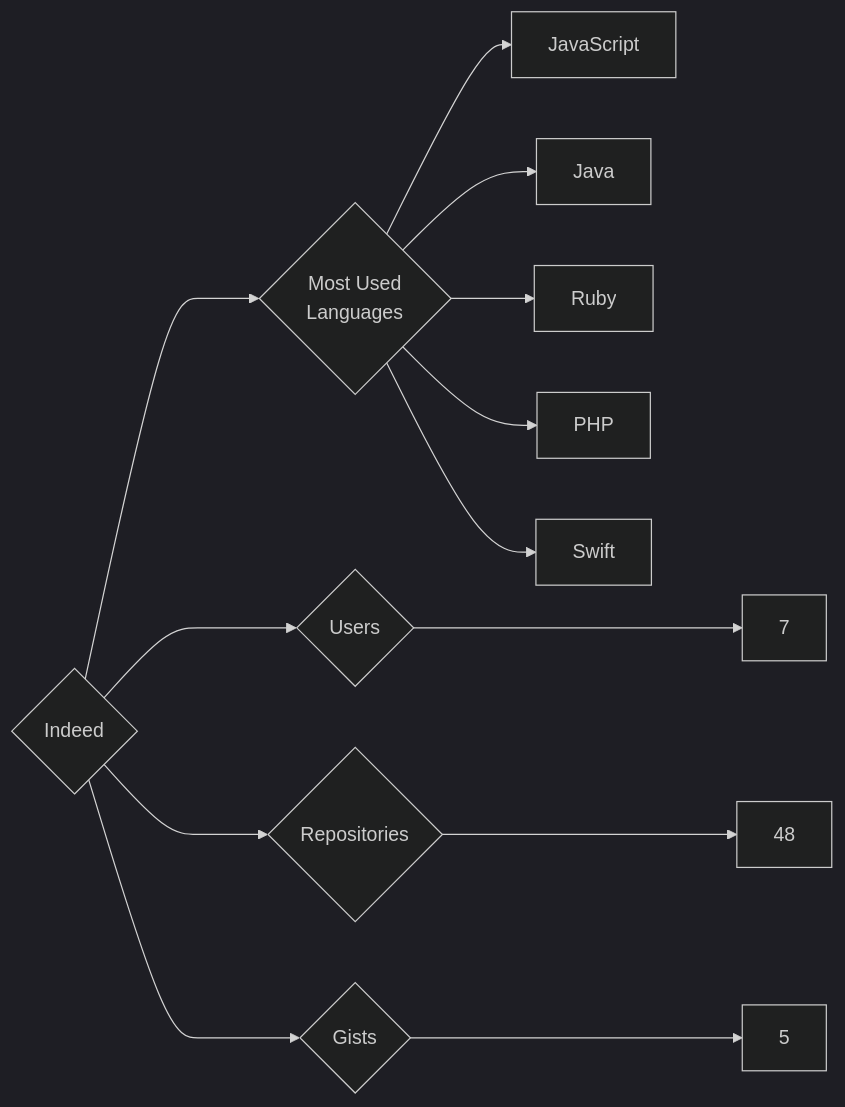
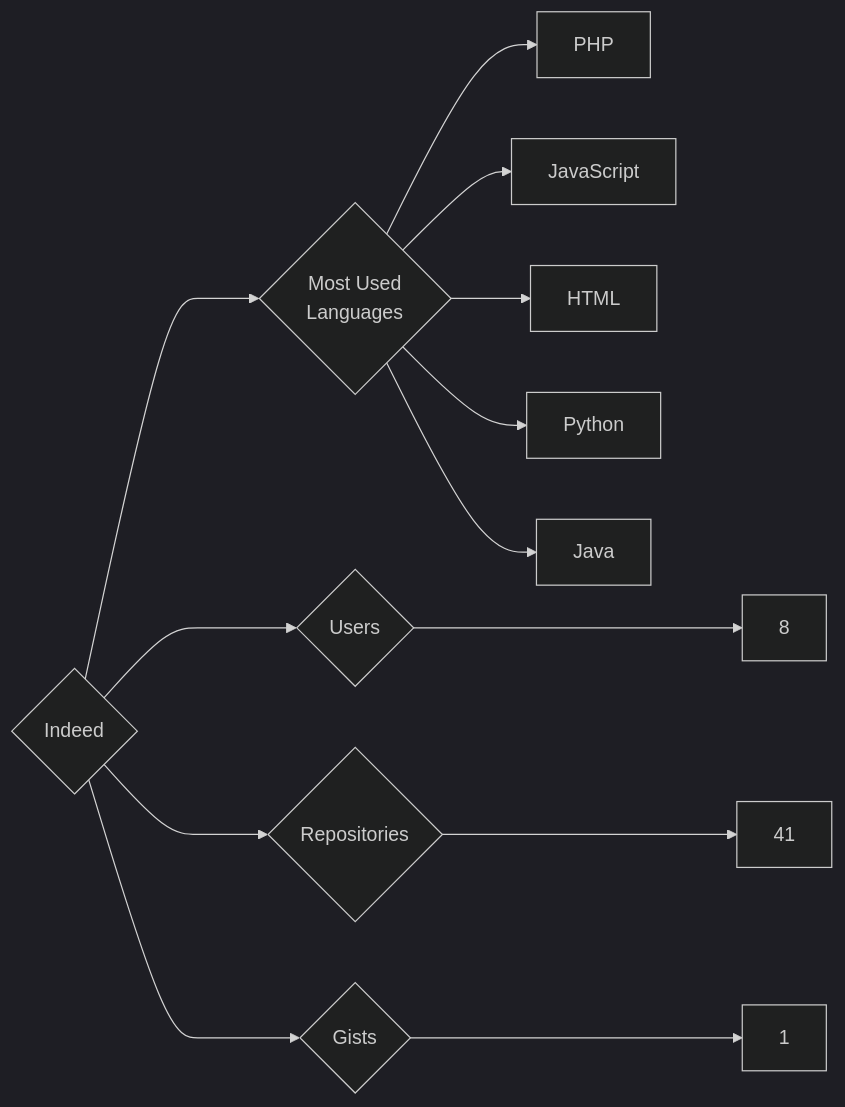
Before and after one commit to trickest/insiders: the diagram in targets/Indeed/README.md, drawn with Mermaid (dark theme). The commit also changed 1167 other files, not shown here.

````diff
--- a/targets/Indeed/README.md
+++ b/targets/Indeed/README.md
@@ -3,13 +3,13 @@
 ```mermaid
 graph LR
 COMPANY_NAME{Indeed}
-COMPANY_NAME ---> U{Users} ---> UN[7]
-COMPANY_NAME ---> R{Repositories} ---> RN[48]
-COMPANY_NAME ---> G{Gists} ---> GN[5]
+COMPANY_NAME ---> U{Users} ---> UN[8]
+COMPANY_NAME ---> R{Repositories} ---> RN[41]
+COMPANY_NAME ---> G{Gists} ---> GN[1]
 COMPANY_NAME ---> ML{Most Used<br>Languages}
+ML --> PHP[PHP]
 ML --> JavaScript[JavaScript]
+ML --> HTML[HTML]
+ML --> Python[Python]
 ML --> Java[Java]
-ML --> Ruby[Ruby]
-ML --> PHP[PHP]
-ML --> Swift[Swift]
 ```
````
